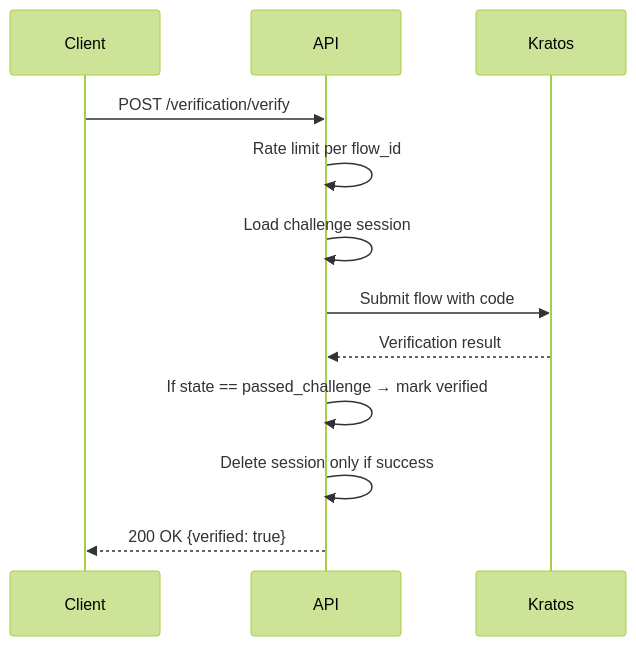
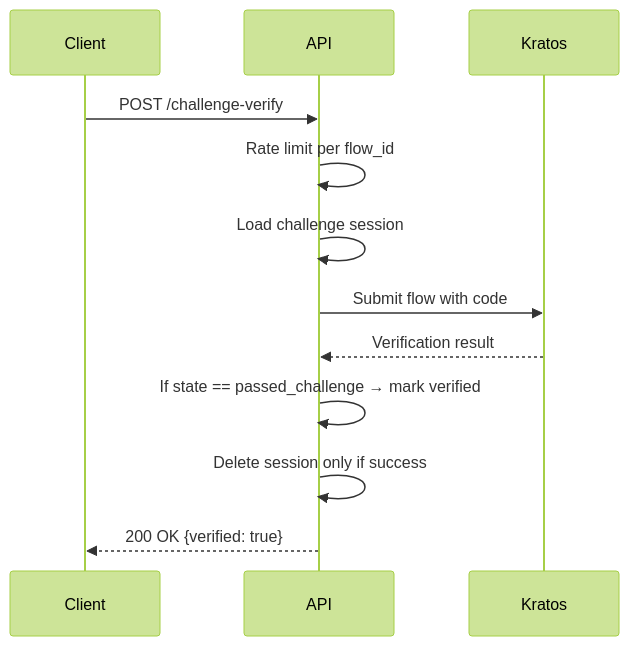
The second of 2 diagrams in dev-docs/Verification.md (lifenetwork-ai/iam-service), drawn with Mermaid (forest theme) before and after one commit.

````diff
--- a/dev-docs/Verification.md
+++ b/dev-docs/Verification.md
@@ -100,15 +100,15 @@
 ```mermaid
 sequenceDiagram
     participant Client
     participant API
     participant Kratos
 
-    Client->>API: POST /verification/verify
+    Client->>API: POST /challenge-verify
     API->>API: Rate limit per flow_id
     API->>API: Load challenge session
     API->>Kratos: Submit flow with code
     Kratos-->>API: Verification result
     API->>API: If state == passed_challenge → mark verified
     API->>API: Delete session only if success
     API-->>Client: 200 OK {verified: true}
 ```
````
